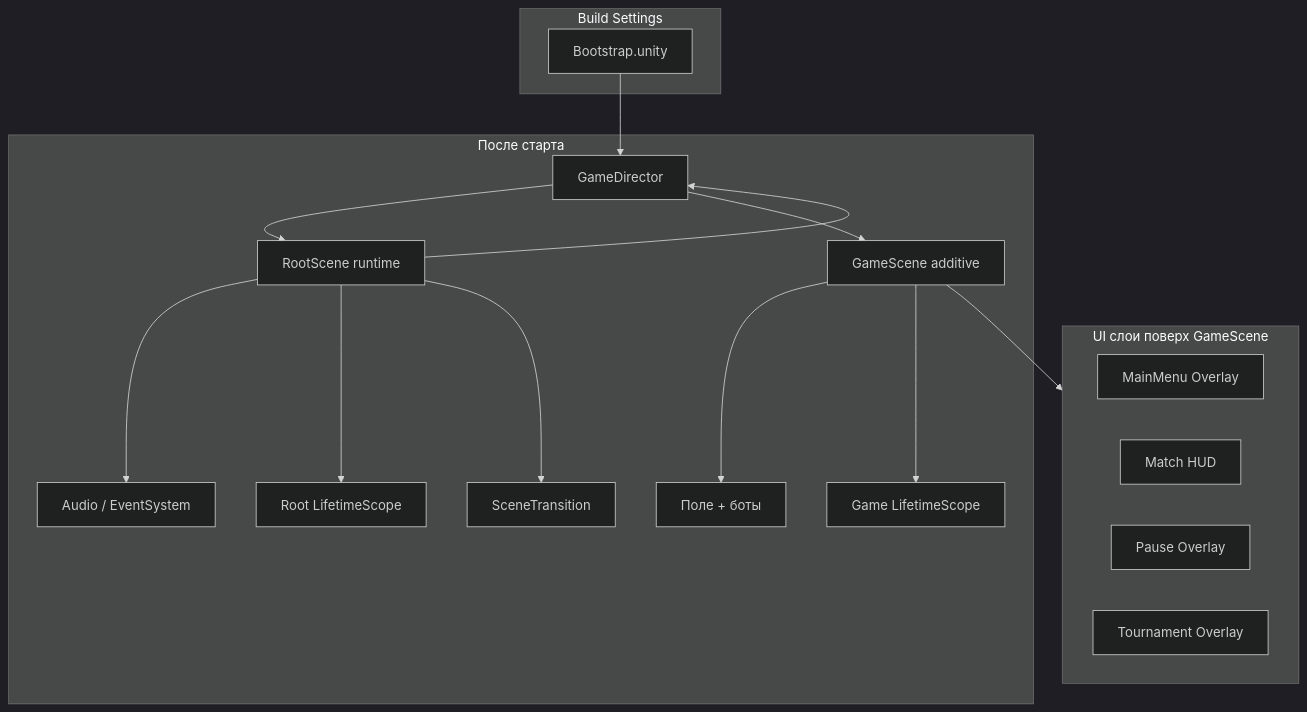
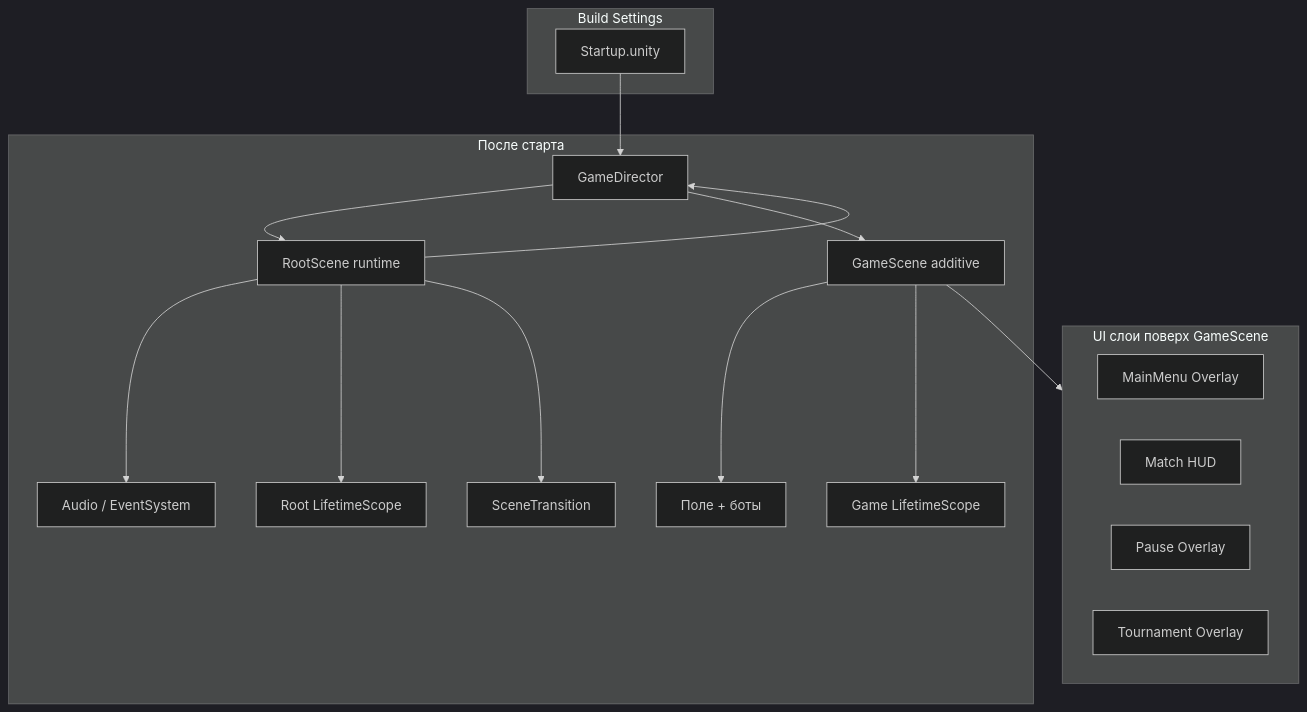
One commit to DeployChef/Futboloid changed the first of 2 diagrams in Wiki/FutboloidWiki/Архитектура/Обзор архитектуры.md. Above: the diagram before and after it, drawn with Mermaid (dark theme). The commit also changed other lines of this file and 102 other files, not shown here.

````diff
--- a/Wiki/FutboloidWiki/Архитектура/Обзор архитектуры.md
+++ b/Wiki/FutboloidWiki/Архитектура/Обзор архитектуры.md
@@ -33,32 +33,32 @@
 ```mermaid
 flowchart TB
     subgraph build [Build Settings]
-        B[Bootstrap.unity]
+        B[Startup.unity]
     end
 
     subgraph runtime [После старта]
         RS[RootScene runtime]
         GS[GameScene additive]
 
         RS --> Audio[Audio / EventSystem]
         RS --> DI[Root LifetimeScope]
         RS --> Trans[SceneTransition]
         RS --> Director[GameDirector]
 
         GS --> Pitch[Поле + боты]
         GS --> ChildDI[Game LifetimeScope]
     end
 
     B --> Director
     Director --> RS
     Director --> GS
 
     subgraph ui [UI слои поверх GameScene]
         MM[MainMenu Overlay]
         HUD[Match HUD]
         Pause[Pause Overlay]
         Tourn[Tournament Overlay]
     end
 
     GS --> ui
 ```
````
